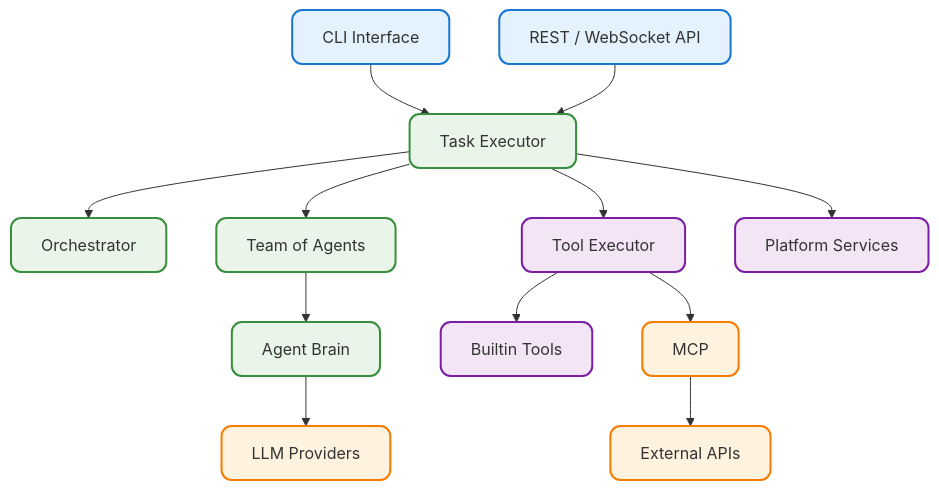
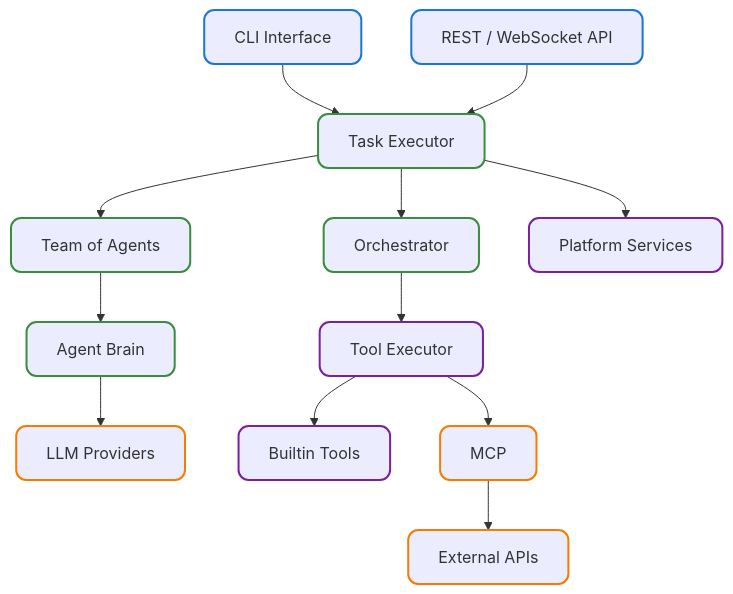
One commit to dustland/roboco changed the first of 4 diagrams in docs/01-architecture.md. Above: the diagram before and after it, drawn with Mermaid. The commit also changed other lines of this file, not shown here.

Commit message:
refactor: enhance AgentX architecture documentation by clarifying the roles of Task Executor and Orchestrator, updating execution flow diagrams, and improving the overall structure for better understanding of agent collaboration and tool execution processes

````diff
--- a/docs/01-architecture.md
+++ b/docs/01-architecture.md
@@ -27,49 +27,48 @@
 ```mermaid
 graph TD
     %% Client Layer
     CLI[CLI Interface]
     API[REST / WebSocket API]
 
     %% AgentX Core
     TE[Task Executor]
     ORCH[Orchestrator]
     AGENTS[Team of Agents]
     BRAIN[Agent Brain]
     TOOL_EXEC[Tool Executor]
     PLAT[Platform Services]
 
     LLM[LLM Providers]
     TOOLS[Builtin Tools]
     API_EXT[External APIs]
     MCP[MCP]
 
     %% Vertical flow connections
     CLI --> TE
     API --> TE
 
     TE --> ORCH
+    TE --> AGENTS
     AGENTS --> BRAIN
     BRAIN --> LLM
 
-    TE --> AGENTS
-    TE --> TOOL_EXEC
-
+    ORCH --> TOOL_EXEC
     TOOL_EXEC --> TOOLS
     TOOL_EXEC --> MCP
     MCP --> API_EXT
 
     TE --> PLAT
 
     %% Styling for rounded corners
-    classDef default fill:#f9f9f9,stroke:#333,stroke-width:2px,rx:10,ry:10
-    classDef client fill:#e3f2fd,stroke:#1976d2,stroke-width:2px,rx:10,ry:10
-    classDef core fill:#e8f5e8,stroke:#388e3c,stroke-width:2px,rx:10,ry:10
-    classDef external fill:#fff3e0,stroke:#f57c00,stroke-width:2px,rx:10,ry:10
-    classDef platform fill:#f3e5f5,stroke:#7b1fa2,stroke-width:2px,rx:10,ry:10
+    classDef default stroke:#333,stroke-width:2px,rx:10,ry:10
+    classDef client stroke:#1976d2,stroke-width:2px,rx:10,ry:10
+    classDef core stroke:#388e3c,stroke-width:2px,rx:10,ry:10
+    classDef external stroke:#f57c00,stroke-width:2px,rx:10,ry:10
+    classDef platform stroke:#7b1fa2,stroke-width:2px,rx:10,ry:10
 
     %% Apply styles to specific nodes
     class CLI,API client
     class TE,ORCH,AGENTS,BRAIN core
     class LLM,API_EXT,MCP external
     class TOOL_EXEC,TOOLS,PLAT platform
 ```
````
